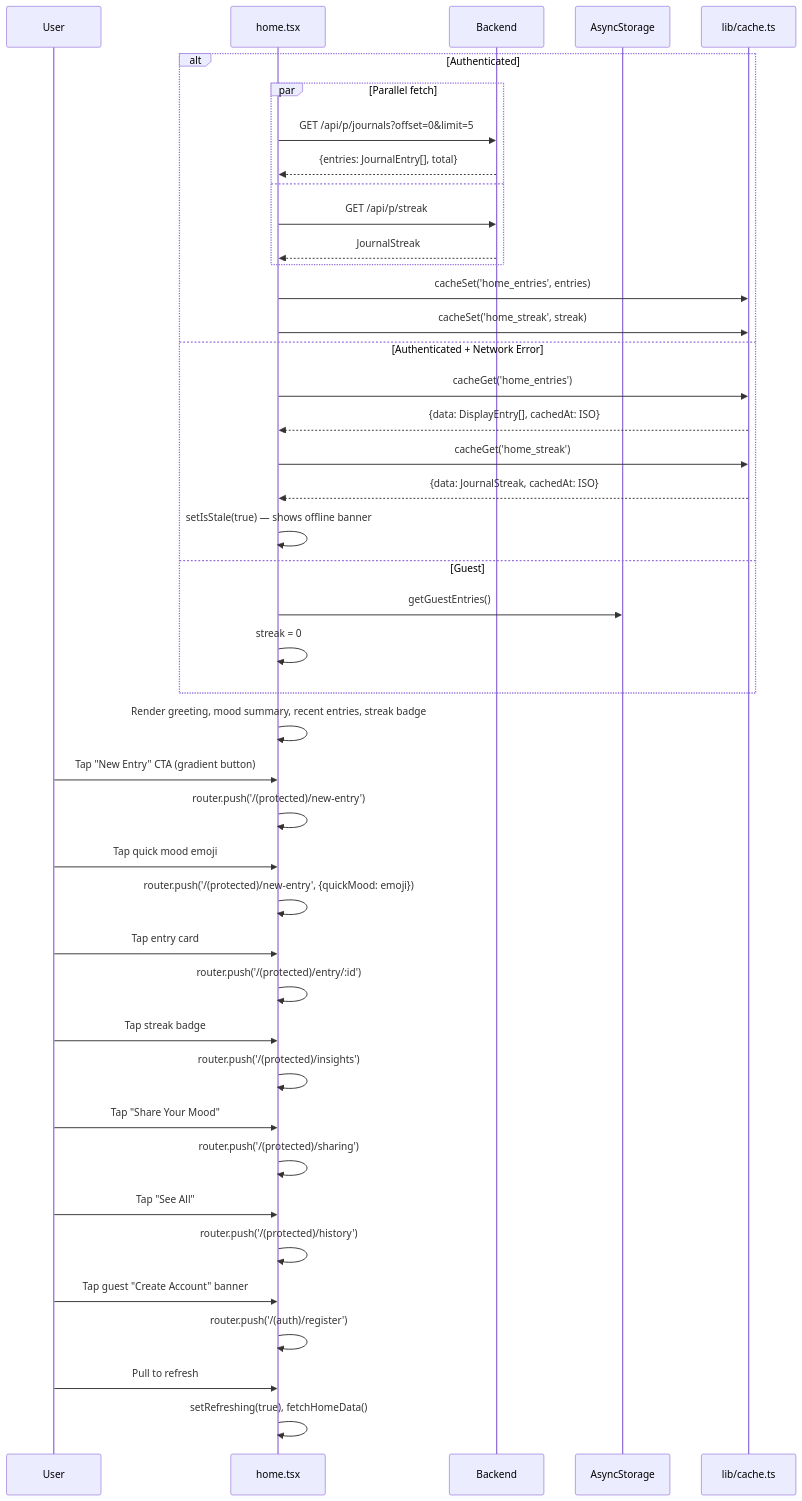
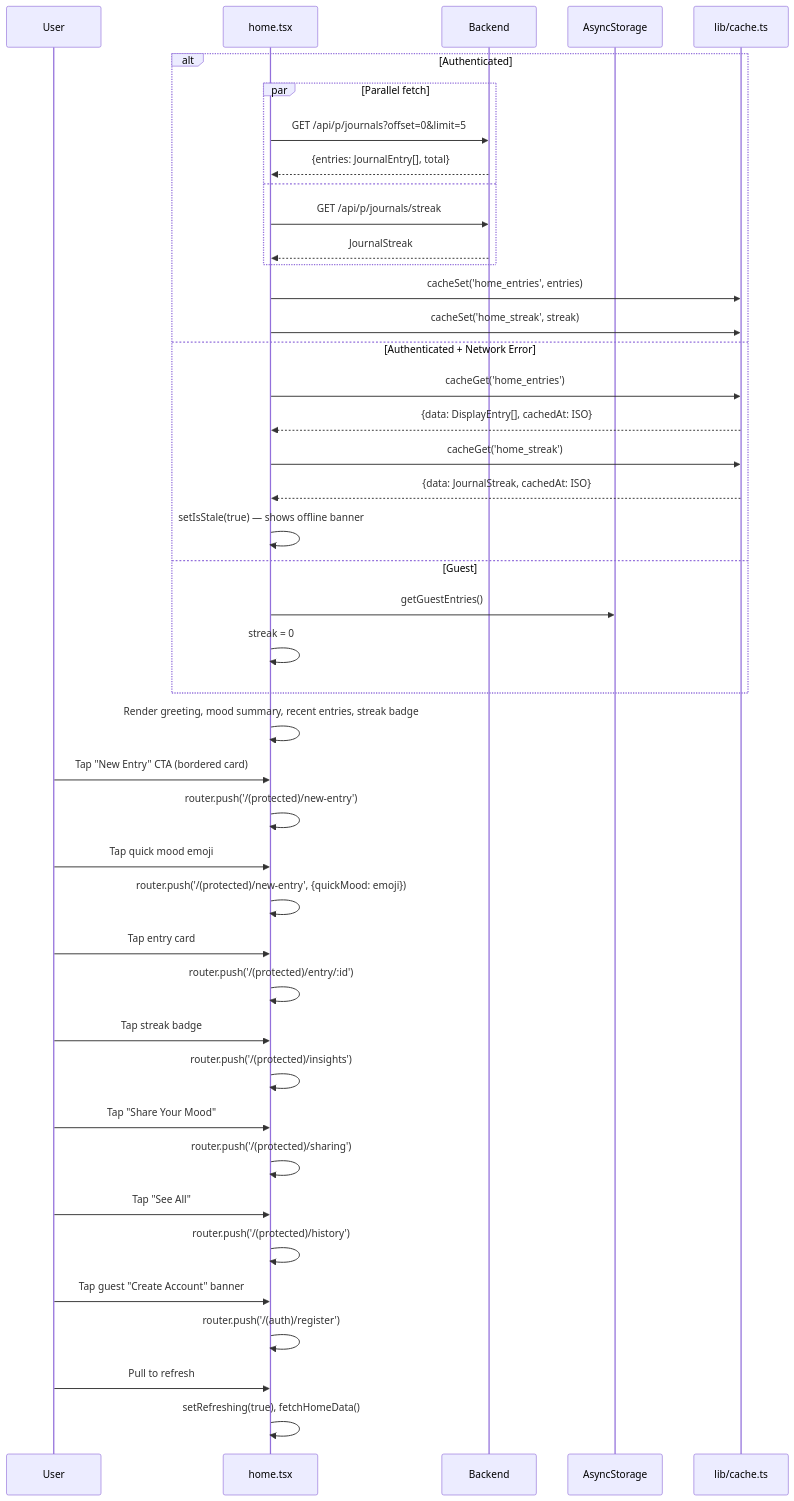
The ninth of 29 diagrams in FLOWS.md (ahmetk3436/Daiyly), drawn with Mermaid before and after one commit. The commit also changed other lines of this file and 32 other files, not shown here.

````diff
--- a/FLOWS.md
+++ b/FLOWS.md
@@ -364,55 +373,55 @@
 ```mermaid
 sequenceDiagram
     participant U as User
     participant Home as home.tsx
     participant API as Backend
     participant AS as AsyncStorage
     participant Cache as lib/cache.ts
 
     alt Authenticated
         par Parallel fetch
             Home->>API: GET /api/p/journals?offset=0&limit=5
             API-->>Home: {entries: JournalEntry[], total}
         and
-            Home->>API: GET /api/p/streak
+            Home->>API: GET /api/p/journals/streak
             API-->>Home: JournalStreak
         end
         Home->>Cache: cacheSet('home_entries', entries)
         Home->>Cache: cacheSet('home_streak', streak)
     else Authenticated + Network Error
         Home->>Cache: cacheGet('home_entries')
         Cache-->>Home: {data: DisplayEntry[], cachedAt: ISO}
         Home->>Cache: cacheGet('home_streak')
         Cache-->>Home: {data: JournalStreak, cachedAt: ISO}
         Home->>Home: setIsStale(true) — shows offline banner
     else Guest
         Home->>AS: getGuestEntries()
         Home->>Home: streak = 0
     end
 
     Home->>Home: Render greeting, mood summary, recent entries, streak badge
 
-    U->>Home: Tap "New Entry" CTA (gradient button)
+    U->>Home: Tap "New Entry" CTA (bordered card)
     Home->>Home: router.push('/(protected)/new-entry')
 
     U->>Home: Tap quick mood emoji
     Home->>Home: router.push('/(protected)/new-entry', {quickMood: emoji})
 
     U->>Home: Tap entry card
     Home->>Home: router.push('/(protected)/entry/:id')
 
     U->>Home: Tap streak badge
     Home->>Home: router.push('/(protected)/insights')
 
     U->>Home: Tap "Share Your Mood"
     Home->>Home: router.push('/(protected)/sharing')
 
     U->>Home: Tap "See All"
     Home->>Home: router.push('/(protected)/history')
 
     U->>Home: Tap guest "Create Account" banner
     Home->>Home: router.push('/(auth)/register')
 
     U->>Home: Pull to refresh
     Home->>Home: setRefreshing(true), fetchHomeData()
 ```
````
